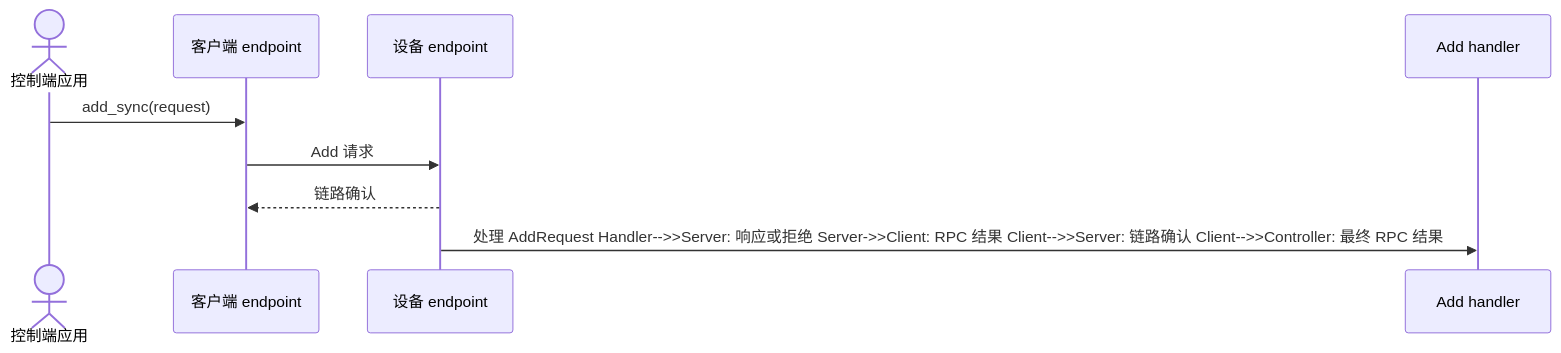
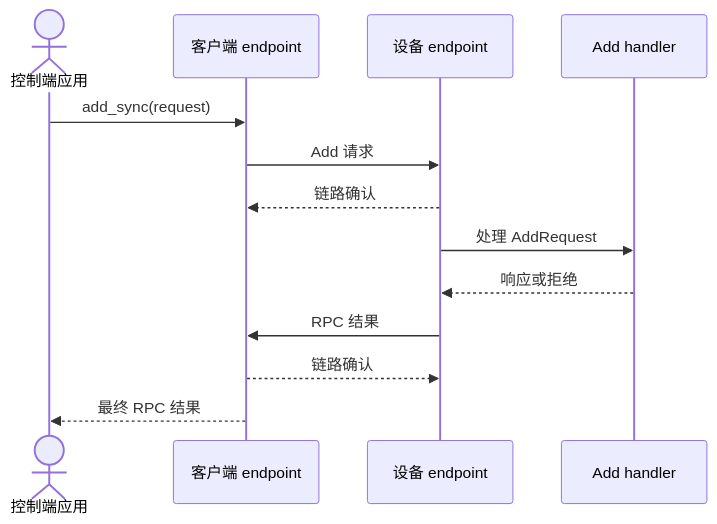
Before and after one commit to starwey604/wirelink: the diagram in site/src/content/docs/zh-cn/learn/request-a-result.mdx, drawn with Mermaid. The commit also changed 4 other files, not shown here.

First line of the commit message:
fix: restore Mermaid blocks mangled by Chinese paragraph unwrap

````diff
--- a/site/src/content/docs/zh-cn/learn/request-a-result.mdx
+++ b/site/src/content/docs/zh-cn/learn/request-a-result.mdx
@@ -158,14 +158,18 @@
 ```mermaid
 sequenceDiagram
   accTitle: 同步 RPC 的各个阶段
   accDescr: 链路确认先表示请求已经送达，handler 随后产生响应或拒绝，最终 RPC 结果再返回调用方。
   actor Controller as 控制端应用
   participant Client as 客户端 endpoint
   participant Server as 设备 endpoint
   participant Handler as Add handler
 
   Controller->>Client: add_sync(request)
   Client->>Server: Add 请求
   Server-->>Client: 链路确认
-Server->>Handler: 处理 AddRequest Handler-->>Server: 响应或拒绝 Server->>Client: RPC 结果 Client-->>Server: 链路确认 Client-->>Controller: 最终 RPC 结果
+Server->>Handler: 处理 AddRequest
+Handler-->>Server: 响应或拒绝
+Server->>Client: RPC 结果
+Client-->>Server: 链路确认
+Client-->>Controller: 最终 RPC 结果
 ```
````
